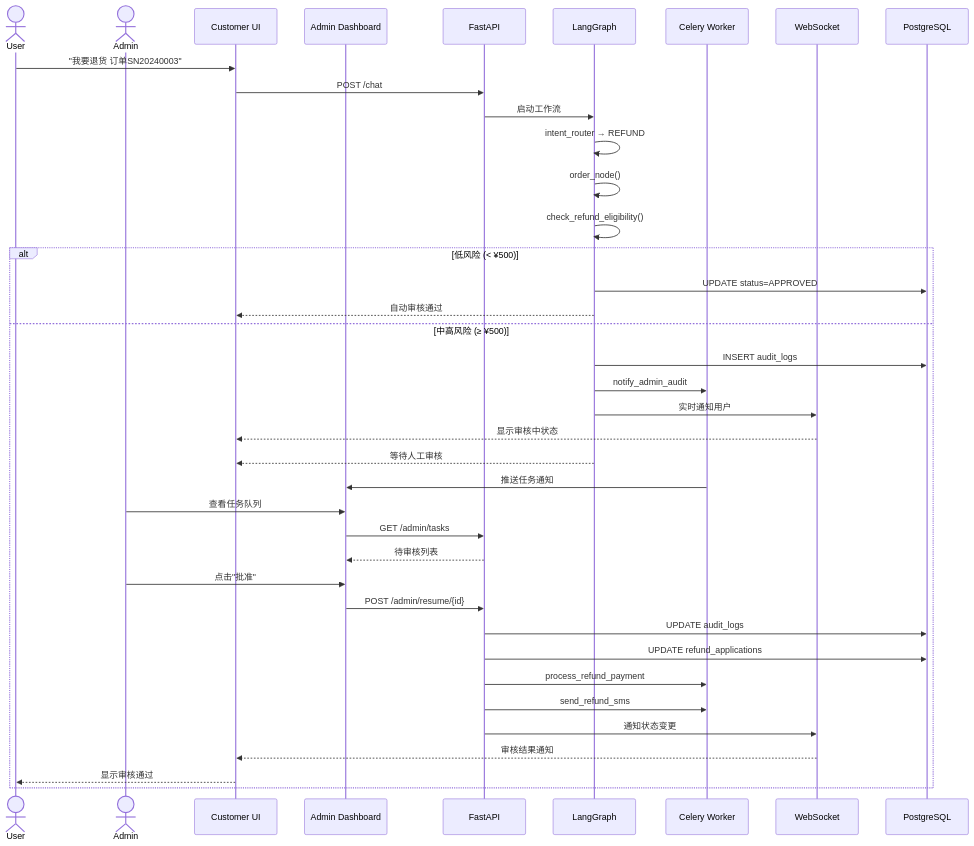
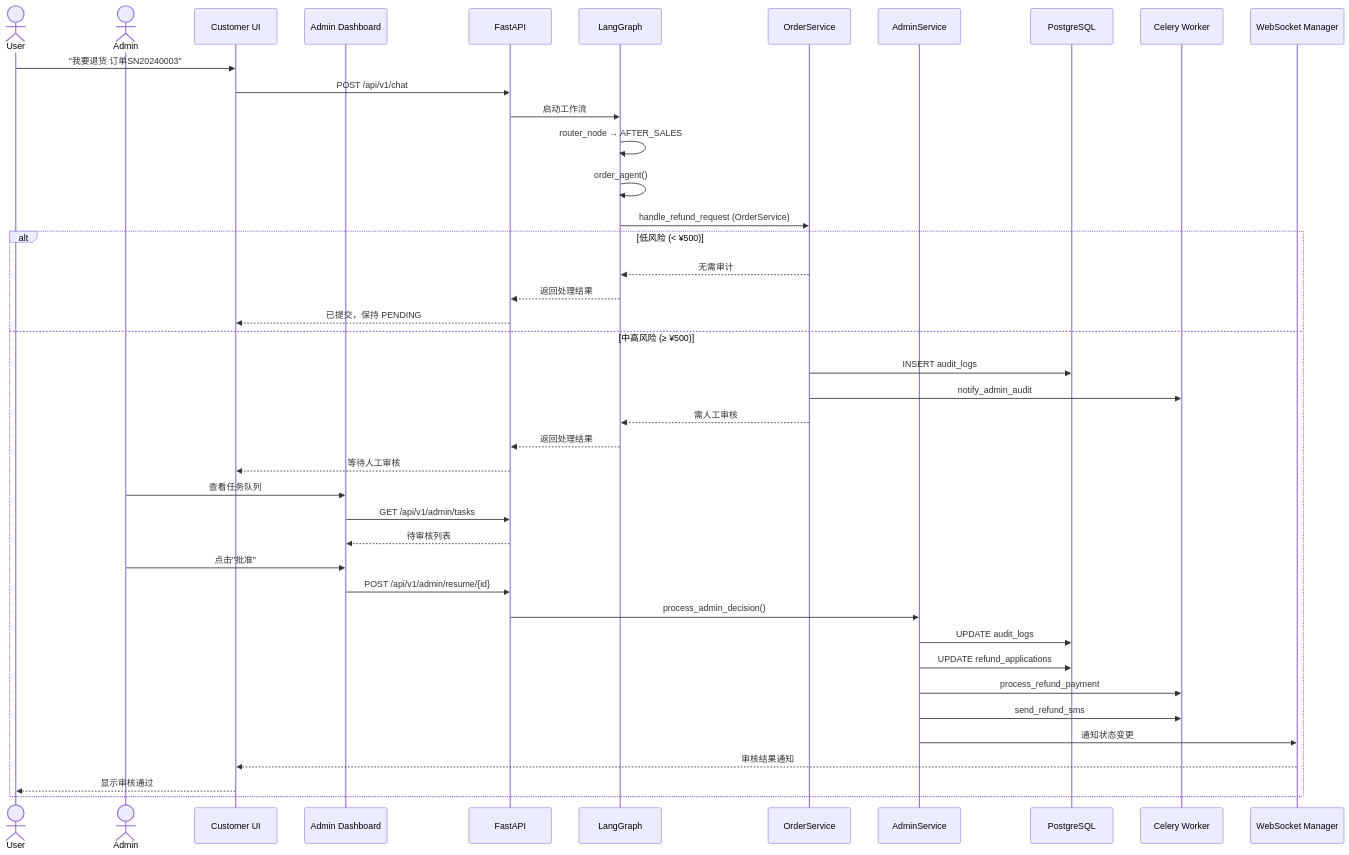
The fifth of 8 diagrams in architecture.md (Mr-ZeLong/E-commerce-Smart-Agent), drawn with Mermaid before and after one commit. The commit also changed other lines of this file and 7 other files, not shown here.

````diff
--- a/architecture.md
+++ b/architecture.md
@@ -272,45 +271,48 @@
 ```mermaid
 sequenceDiagram
     actor User
     actor Admin
     participant CUI as Customer UI
     participant ADM as Admin Dashboard
     participant API as FastAPI
     participant Graph as LangGraph
+    participant Service as OrderService
+    participant AdminSvc as AdminService
+    participant DB as PostgreSQL
     participant Celery as Celery Worker
-    participant WS as WebSocket
-    participant DB as PostgreSQL
+    participant WS as WebSocket Manager
 
     User->>CUI: "我要退货 订单SN20240003"
-    CUI->>API: POST /chat
+    CUI->>API: POST /api/v1/chat
     API->>Graph: 启动工作流
-    Graph->>Graph: intent_router → REFUND
-    Graph->>Graph: order_node()
-    Graph->>Graph: check_refund_eligibility()
+    Graph->>Graph: router_node → AFTER_SALES
+    Graph->>Graph: order_agent()
+    Graph->>Service: handle_refund_request (OrderService)
 
     alt 低风险 (< ¥500)
-        Graph->>DB: UPDATE status=APPROVED
-        Graph-->>CUI: 自动审核通过
+        Service-->>Graph: 无需审计
+        Graph-->>API: 返回处理结果
+        API-->>CUI: 已提交，保持 PENDING
     else 中高风险 (≥ ¥500)
-        Graph->>DB: INSERT audit_logs
-        Graph->>Celery: notify_admin_audit
-        Graph->>WS: 实时通知用户
-        WS-->>CUI: 显示审核中状态
-        Graph-->>CUI: 等待人工审核
+        Service->>DB: INSERT audit_logs
+        Service->>Celery: notify_admin_audit
+        Service-->>Graph: 需人工审核
+        Graph-->>API: 返回处理结果
+        API-->>CUI: 等待人工审核
 
-        Celery->>ADM: 推送任务通知
         Admin->>ADM: 查看任务队列
-        ADM->>API: GET /admin/tasks
+        ADM->>API: GET /api/v1/admin/tasks
         API-->>ADM: 待审核列表
 
         Admin->>ADM: 点击"批准"
-        ADM->>API: POST /admin/resume/{id}
-        API->>DB: UPDATE audit_logs
-        API->>DB: UPDATE refund_applications
-        API->>Celery: process_refund_payment
-        API->>Celery: send_refund_sms
-        API->>WS: 通知状态变更
+        ADM->>API: POST /api/v1/admin/resume/{id}
+        API->>AdminSvc: process_admin_decision()
+        AdminSvc->>DB: UPDATE audit_logs
+        AdminSvc->>DB: UPDATE refund_applications
+        AdminSvc->>Celery: process_refund_payment
+        AdminSvc->>Celery: send_refund_sms
+        AdminSvc->>WS: 通知状态变更
         WS-->>CUI: 审核结果通知
         CUI-->>User: 显示审核通过
     end
 ```
````
